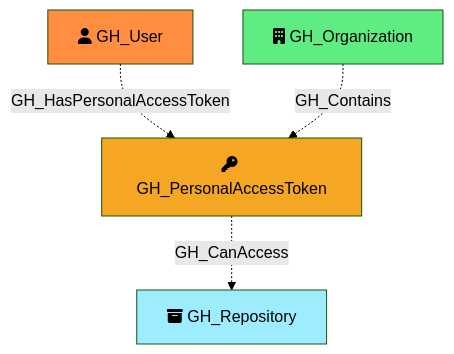
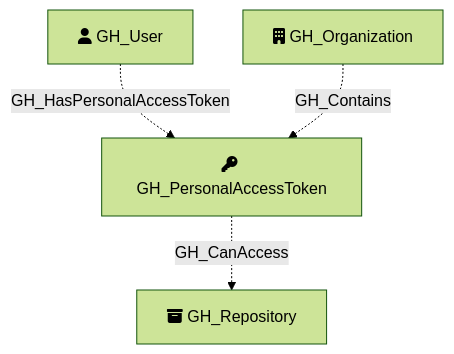
The diagram in Documentation/NodeDescriptions/GH_PersonalAccessToken.md (SpecterOps/GitHound), drawn with Mermaid (forest theme) before and after one commit. The commit also changed 23 other files, not shown here.

Commit message:
rm mermaid box colors

````diff
--- a/Documentation/NodeDescriptions/GH_PersonalAccessToken.md
+++ b/Documentation/NodeDescriptions/GH_PersonalAccessToken.md
@@ -45,16 +45,12 @@
 ```mermaid
 flowchart TD
     GH_PersonalAccessToken[fa:fa-key GH_PersonalAccessToken]
     GH_User[fa:fa-user GH_User]
     GH_Organization[fa:fa-building GH_Organization]
     GH_Repository[fa:fa-box-archive GH_Repository]
 
-    style GH_PersonalAccessToken fill:#F5A623
-    style GH_User fill:#FF8E40
-    style GH_Organization fill:#5FED83
-    style GH_Repository fill:#9EECFF
 
     GH_User -.->|GH_HasPersonalAccessToken| GH_PersonalAccessToken
     GH_Organization -.->|GH_Contains| GH_PersonalAccessToken
     GH_PersonalAccessToken -.->|GH_CanAccess| GH_Repository
 ```
````
